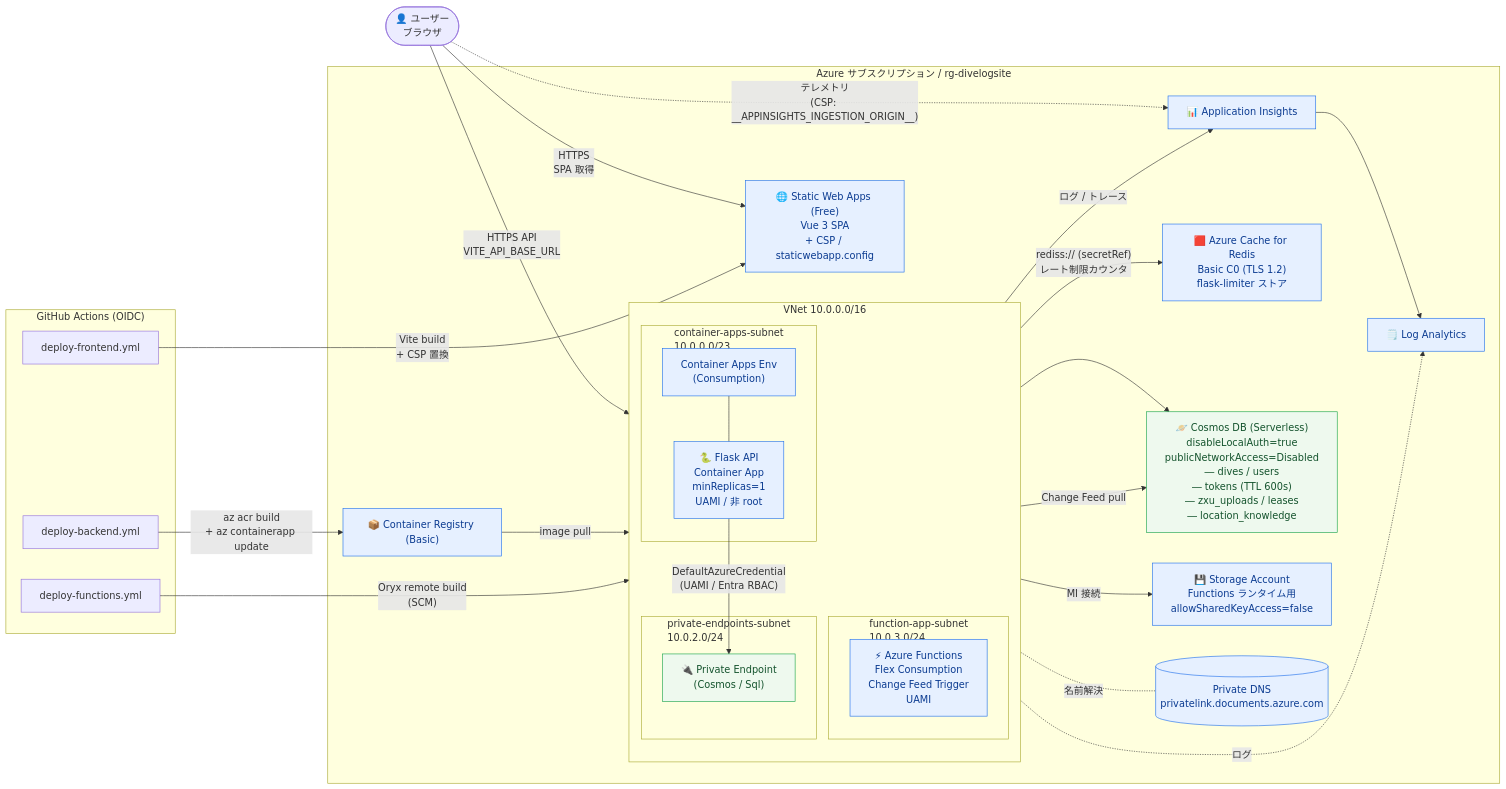
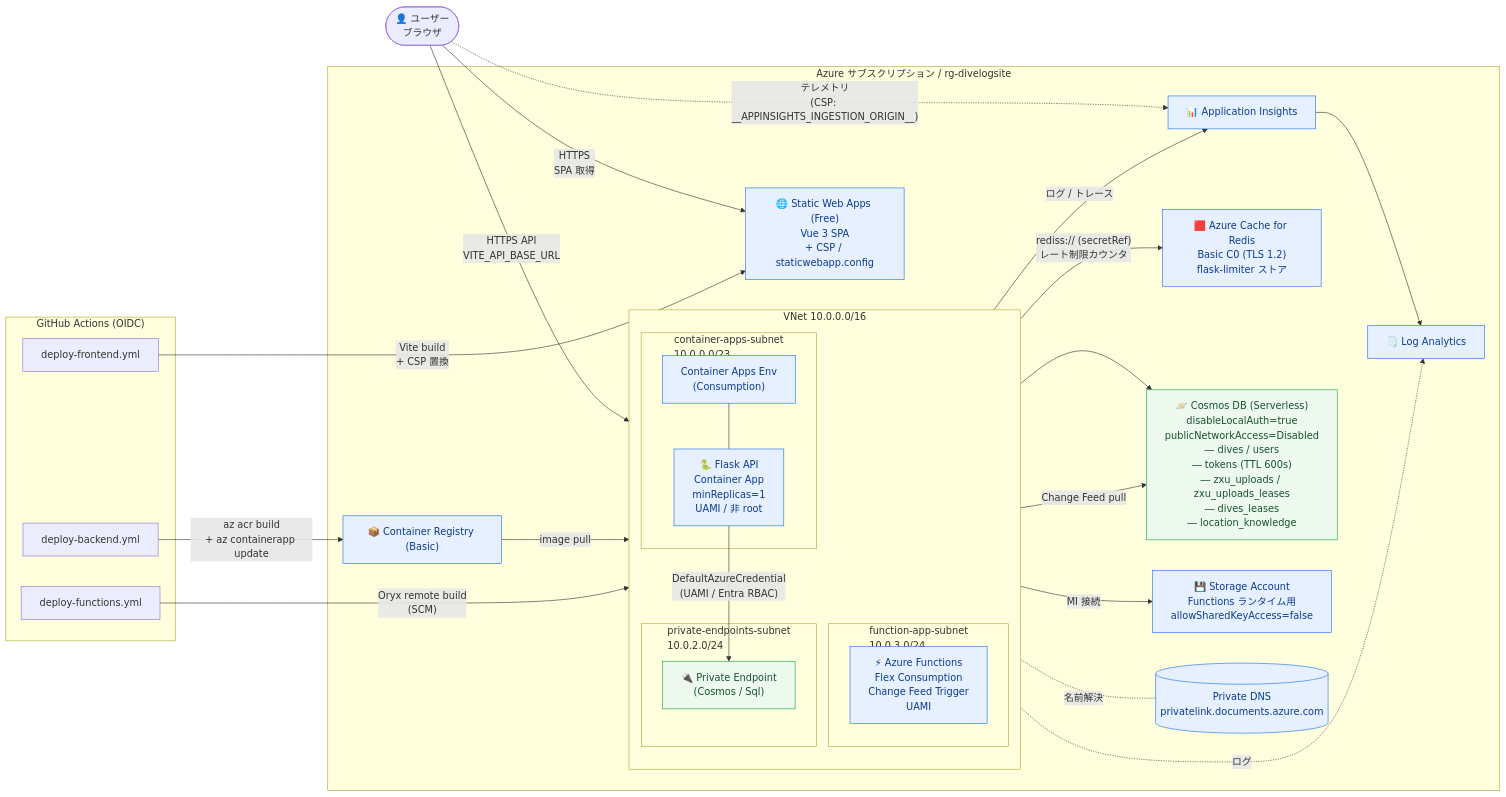
The first of 3 diagrams in docs/architecture.md (mahya8585/divelog), drawn with Mermaid before and after one commit. The commit also changed other lines of this file and 29 other files, not shown here.

````diff
--- a/docs/architecture.md
+++ b/docs/architecture.md
@@ -7,65 +7,65 @@
 ```mermaid
 flowchart LR
     User([👤 ユーザー<br/>ブラウザ])
 
     subgraph GHA["GitHub Actions (OIDC)"]
         WF_FE[deploy-frontend.yml]
         WF_BE[deploy-backend.yml]
         WF_FN[deploy-functions.yml]
     end
 
     subgraph Azure["Azure サブスクリプション / rg-divelogsite"]
         SWA["🌐 Static Web Apps (Free)<br/>Vue 3 SPA<br/>+ CSP / staticwebapp.config"]
         ACR["📦 Container Registry (Basic)"]
         AI["📊 Application Insights"]
         LAW["🗒️ Log Analytics"]
 
         subgraph VNET["VNet 10.0.0.0/16"]
             direction TB
             subgraph SUB_CA["container-apps-subnet<br/>10.0.0.0/23"]
                 CAE["Container Apps Env<br/>(Consumption)"]
                 CA["🐍 Flask API<br/>Container App<br/>minReplicas=1<br/>UAMI / 非 root"]
                 CAE --- CA
             end
             subgraph SUB_FN["function-app-subnet<br/>10.0.3.0/24"]
                 FN["⚡ Azure Functions<br/>Flex Consumption<br/>Change Feed Trigger<br/>UAMI"]
             end
             subgraph SUB_PE["private-endpoints-subnet<br/>10.0.2.0/24"]
                 PE_COS["🔌 Private Endpoint<br/>(Cosmos / Sql)"]
             end
         end
 
         REDIS["🟥 Azure Cache for Redis<br/>Basic C0 (TLS 1.2)<br/>flask-limiter ストア"]
-        COSMOS["🪐 Cosmos DB (Serverless)<br/>disableLocalAuth=true<br/>publicNetworkAccess=Disabled<br/>― dives / users<br/>― tokens (TTL 600s)<br/>― zxu_uploads / leases<br/>― location_knowledge"]
+        COSMOS["🪐 Cosmos DB (Serverless)<br/>disableLocalAuth=true<br/>publicNetworkAccess=Disabled<br/>― dives / users<br/>― tokens (TTL 600s)<br/>― zxu_uploads / zxu_uploads_leases<br/>― dives_leases<br/>― location_knowledge"]
         ST["💾 Storage Account<br/>Functions ランタイム用<br/>allowSharedKeyAccess=false"]
         DNS[("Private DNS<br/>privatelink.documents.azure.com")]
     end
 
     %% フロー
     User -- "HTTPS<br/>SPA 取得" --> SWA
     User -- "HTTPS API<br/>VITE_API_BASE_URL" --> CA
     User -. "テレメトリ<br/>(CSP: __APPINSIGHTS_INGESTION_ORIGIN__)" .-> AI
 
     CA -- "rediss:// (secretRef)<br/>レート制限カウンタ" --> REDIS
     CA -- "DefaultAzureCredential<br/>(UAMI / Entra RBAC)" --> PE_COS
     PE_COS --> COSMOS
     PE_COS -. 名前解決 .- DNS
 
     FN -- "Change Feed pull" --> COSMOS
     FN -- "MI 接続" --> ST
     FN -- "ログ / トレース" --> AI
     AI --> LAW
     CA -. ログ .-> LAW
 
     %% CI/CD
     WF_FE -- "Vite build<br/>+ CSP 置換" --> SWA
     WF_BE -- "az acr build<br/>+ az containerapp update" --> ACR
     ACR -- "image pull" --> CA
     WF_FN -- "Oryx remote build<br/>(SCM)" --> FN
 
     classDef azure fill:#e6f0ff,stroke:#1f6feb,color:#0b3b91
     classDef secure fill:#fff5e6,stroke:#d97706,color:#7c2d12
     classDef store fill:#eef9ee,stroke:#16a34a,color:#14532d
     class SWA,ACR,AI,LAW,CAE,CA,FN,REDIS,ST,DNS azure
     class PE_COS,COSMOS store
 ```
````
